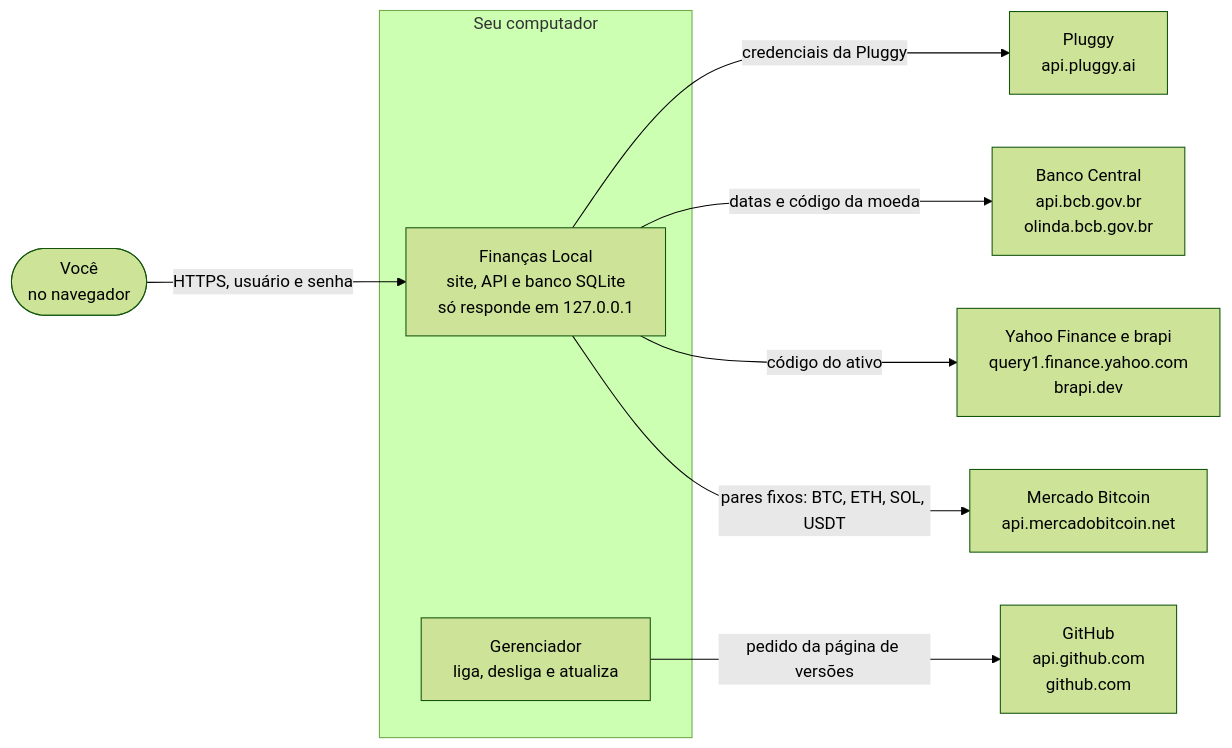
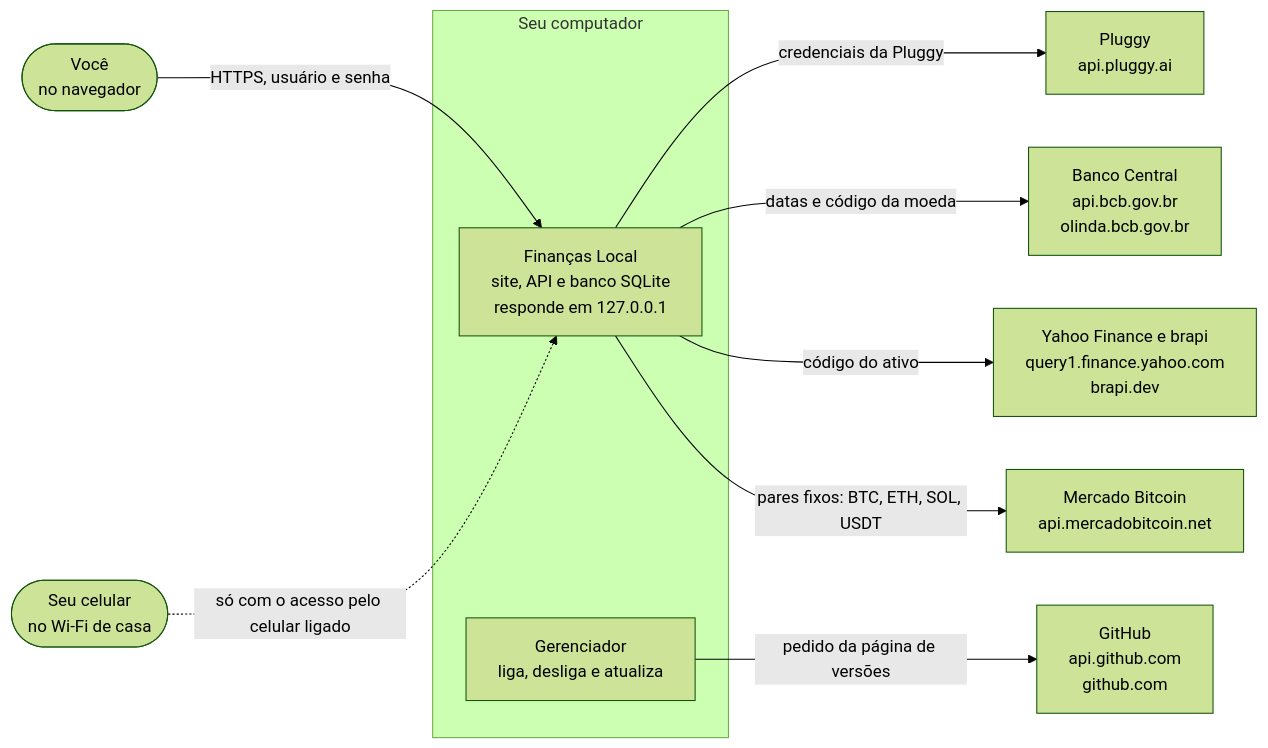
Before and after one commit to LucasDesenvGit/financas-local: the first of 3 diagrams in README.md, drawn with Mermaid (forest theme). The commit also changed other lines of this file and 45 other files, not shown here.

First line of the commit message:
feat(api): acesso pelo celular na rede de casa, desligado por padrão (#328)

````diff
--- a/README.md
+++ b/README.md
@@ -11,21 +11,23 @@
 ```mermaid
 flowchart LR
     %% Contexto do C4 (provisório até o HLD da #462)
     voce(["Você<br/>no navegador"])
     subgraph pc["Seu computador"]
-        site["Finanças Local<br/>site, API e banco SQLite<br/>só responde em 127.0.0.1"]
+        site["Finanças Local<br/>site, API e banco SQLite<br/>responde em 127.0.0.1"]
         ger["Gerenciador<br/>liga, desliga e atualiza"]
     end
     pluggy["Pluggy<br/>api.pluggy.ai"]
     bcb["Banco Central<br/>api.bcb.gov.br<br/>olinda.bcb.gov.br"]
     cot["Yahoo Finance e brapi<br/>query1.finance.yahoo.com<br/>brapi.dev"]
     mb["Mercado Bitcoin<br/>api.mercadobitcoin.net"]
     gh["GitHub<br/>api.github.com<br/>github.com"]
+    cel(["Seu celular<br/>no Wi-Fi de casa"])
 
     voce -->|"HTTPS, usuário e senha"| site
+    cel -.->|"só com o acesso pelo celular ligado"| site
     site -->|"credenciais da Pluggy"| pluggy
     site -->|"datas e código da moeda"| bcb
     site -->|"código do ativo"| cot
     site -->|"pares fixos: BTC, ETH, SOL, USDT"| mb
     ger -->|"pedido da página de versões"| gh
 ```
````
